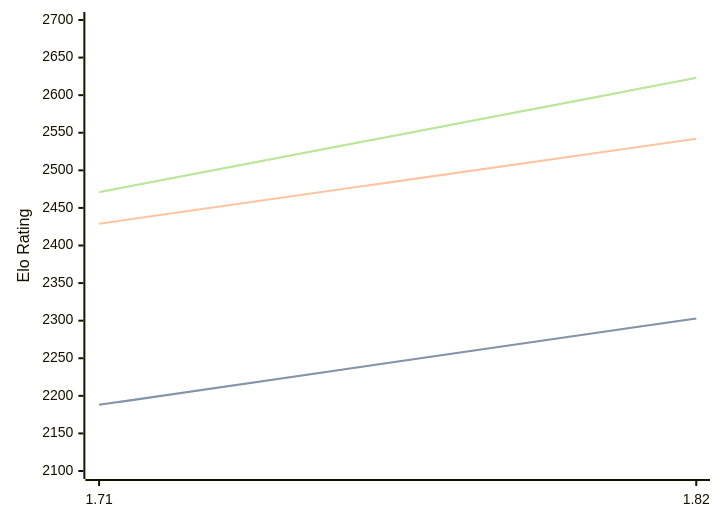
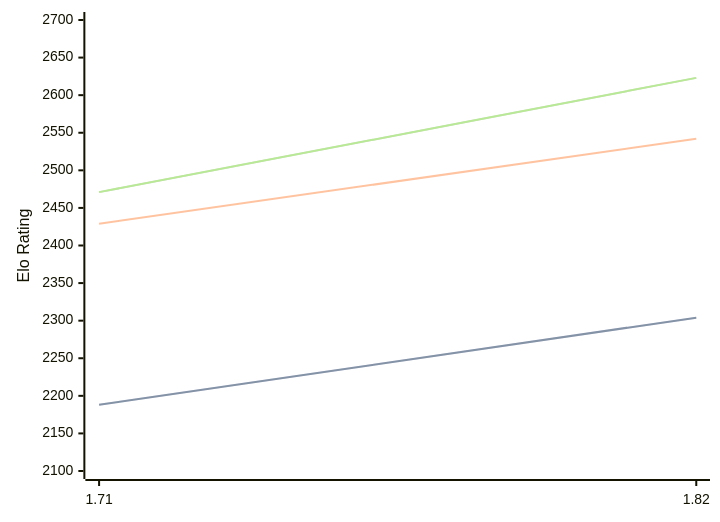
One commit to computer-chess-index/cci changed the diagram in engines/Amira.md. Above: the diagram before and after it, drawn with Mermaid. The commit also changed other lines of this file, not shown here.

````diff
--- a/engines/Amira.md
+++ b/engines/Amira.md
@@ -32,11 +32,11 @@
 ```mermaid
 %%{init: {"theme":"base","themeVariables":{"seriesColors:['#a3a3a3','#222221','#faa371']}}}%%
 xychart-beta
   x-axis ["1.71", "1.82"]
   y-axis "Elo Rating" 2100 --> 2700
-  line "" [2188, 2303]
-  line "STC (8.0+0.08s)" [2188, 2303]
+  line "" [2188, 2304]
+  line "STC (8.0+0.08s)" [2188, 2304]
   line "LTC (60.0+0.60s)" [2429, 2542]
   line "" [2471, 2623]
   line "VLTC (2m24s+1.12s)" [2471, 2623]
 ```
````
